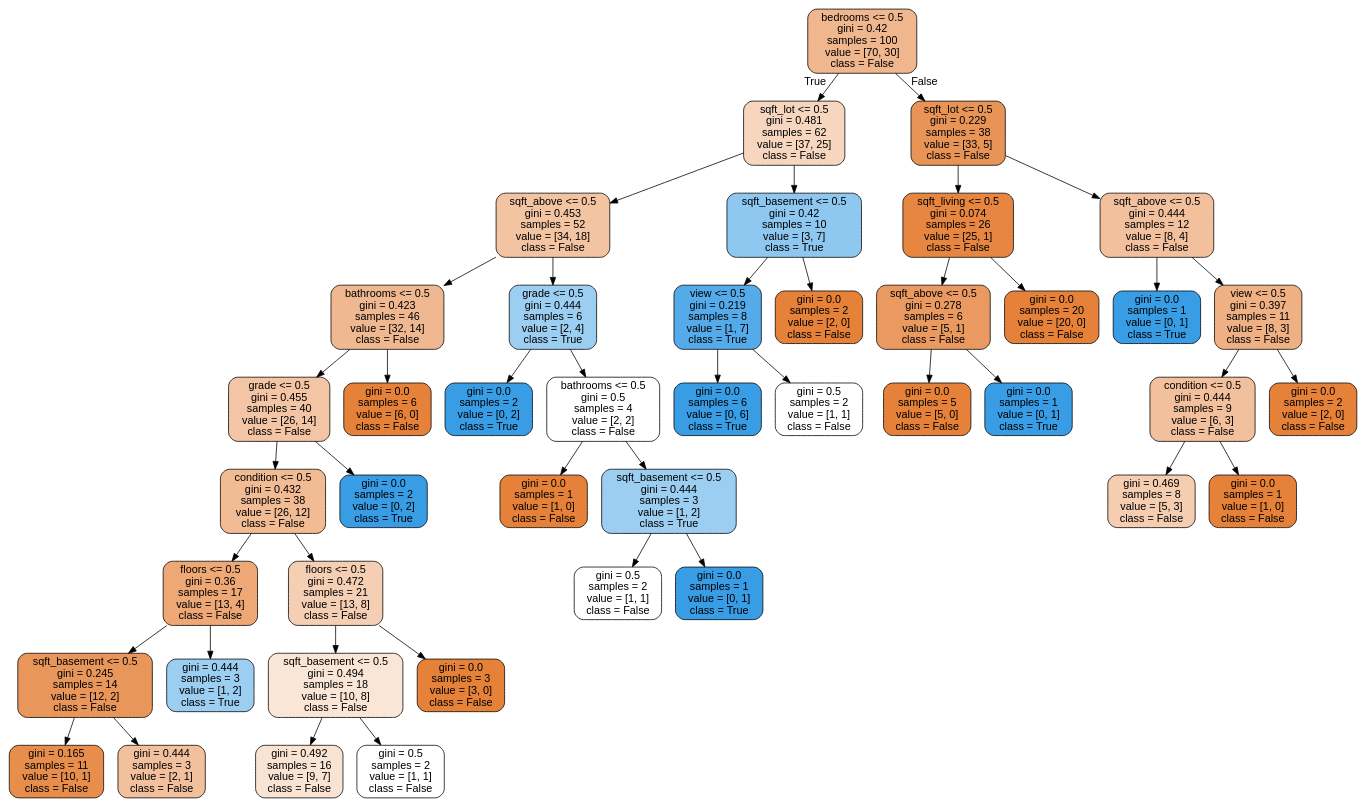
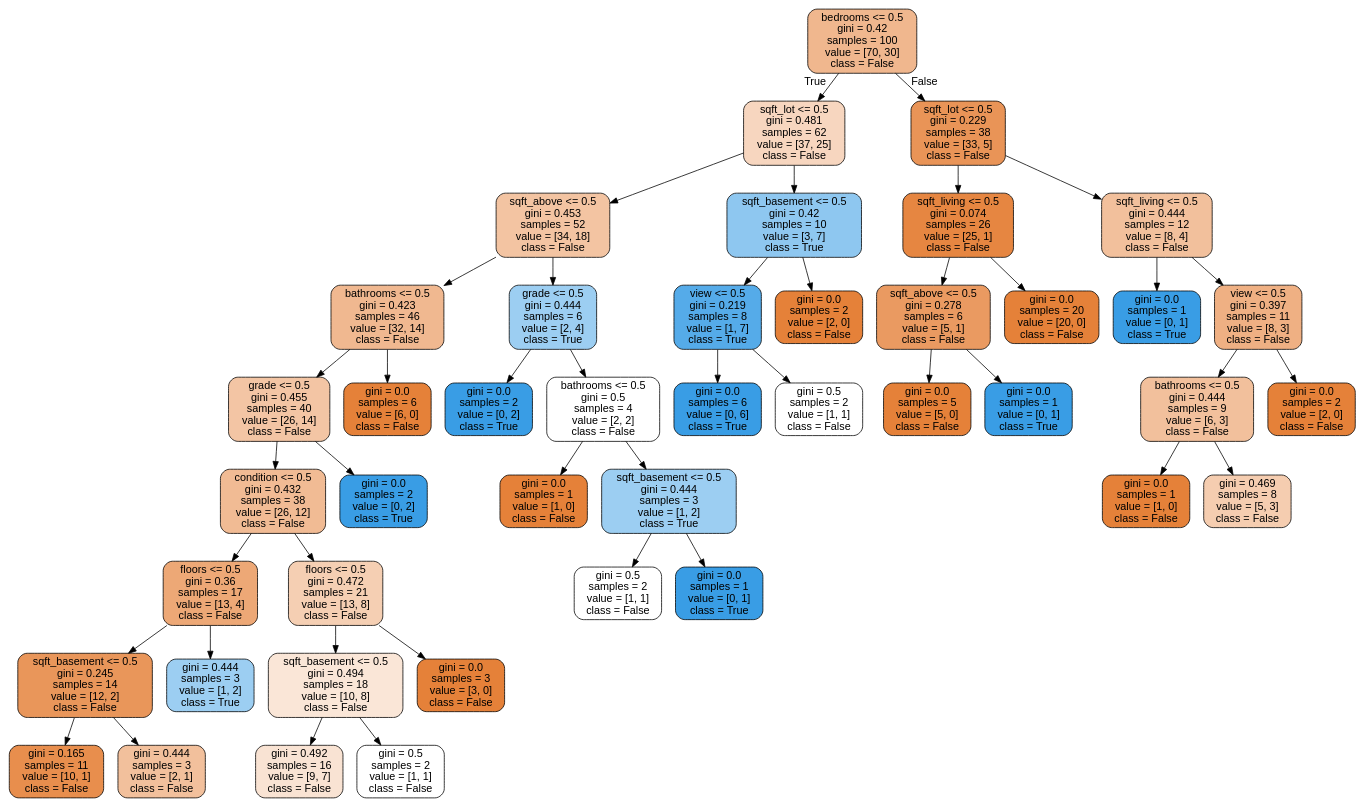
The diagram in chat_bot/aula.dot (Costa-amanda/chatbot_pe), drawn with Graphviz before and after one commit. The commit also changed 2 other files, not shown here.

```diff
--- a/chat_bot/aula.dot
+++ b/chat_bot/aula.dot
@@ -1,89 +1,89 @@
 digraph Tree {
 node [shape=box, style="filled, rounded", color="black", fontname=helvetica] ;
 edge [fontname=helvetica] ;
 0 [label="bedrooms <= 0.5\ngini = 0.42\nsamples = 100\nvalue = [70, 30]\nclass = False", fillcolor="#f0b78e"] ;
 1 [label="sqft_lot <= 0.5\ngini = 0.481\nsamples = 62\nvalue = [37, 25]\nclass = False", fillcolor="#f7d6bf"] ;
 0 -> 1 [labeldistance=2.5, labelangle=45, headlabel="True"] ;
 2 [label="sqft_above <= 0.5\ngini = 0.453\nsamples = 52\nvalue = [34, 18]\nclass = False", fillcolor="#f3c4a2"] ;
 1 -> 2 ;
 3 [label="bathrooms <= 0.5\ngini = 0.423\nsamples = 46\nvalue = [32, 14]\nclass = False", fillcolor="#f0b890"] ;
 2 -> 3 ;
 4 [label="grade <= 0.5\ngini = 0.455\nsamples = 40\nvalue = [26, 14]\nclass = False", fillcolor="#f3c5a4"] ;
 3 -> 4 ;
 5 [label="condition <= 0.5\ngini = 0.432\nsamples = 38\nvalue = [26, 12]\nclass = False", fillcolor="#f1bb94"] ;
 4 -> 5 ;
 6 [label="floors <= 0.5\ngini = 0.36\nsamples = 17\nvalue = [13, 4]\nclass = False", fillcolor="#eda876"] ;
 5 -> 6 ;
 7 [label="sqft_basement <= 0.5\ngini = 0.245\nsamples = 14\nvalue = [12, 2]\nclass = False", fillcolor="#e9965a"] ;
 6 -> 7 ;
 8 [label="gini = 0.165\nsamples = 11\nvalue = [10, 1]\nclass = False", fillcolor="#e88e4d"] ;
 7 -> 8 ;
 9 [label="gini = 0.444\nsamples = 3\nvalue = [2, 1]\nclass = False", fillcolor="#f2c09c"] ;
 7 -> 9 ;
 10 [label="gini = 0.444\nsamples = 3\nvalue = [1, 2]\nclass = True", fillcolor="#9ccef2"] ;
 6 -> 10 ;
 11 [label="floors <= 0.5\ngini = 0.472\nsamples = 21\nvalue = [13, 8]\nclass = False", fillcolor="#f5cfb3"] ;
 5 -> 11 ;
 12 [label="sqft_basement <= 0.5\ngini = 0.494\nsamples = 18\nvalue = [10, 8]\nclass = False", fillcolor="#fae6d7"] ;
 11 -> 12 ;
 13 [label="gini = 0.492\nsamples = 16\nvalue = [9, 7]\nclass = False", fillcolor="#f9e3d3"] ;
 12 -> 13 ;
 14 [label="gini = 0.5\nsamples = 2\nvalue = [1, 1]\nclass = False", fillcolor="#ffffff"] ;
 12 -> 14 ;
 15 [label="gini = 0.0\nsamples = 3\nvalue = [3, 0]\nclass = False", fillcolor="#e58139"] ;
 11 -> 15 ;
 16 [label="gini = 0.0\nsamples = 2\nvalue = [0, 2]\nclass = True", fillcolor="#399de5"] ;
 4 -> 16 ;
 17 [label="gini = 0.0\nsamples = 6\nvalue = [6, 0]\nclass = False", fillcolor="#e58139"] ;
 3 -> 17 ;
 18 [label="grade <= 0.5\ngini = 0.444\nsamples = 6\nvalue = [2, 4]\nclass = True", fillcolor="#9ccef2"] ;
 2 -> 18 ;
 19 [label="gini = 0.0\nsamples = 2\nvalue = [0, 2]\nclass = True", fillcolor="#399de5"] ;
 18 -> 19 ;
 20 [label="bathrooms <= 0.5\ngini = 0.5\nsamples = 4\nvalue = [2, 2]\nclass = False", fillcolor="#ffffff"] ;
 18 -> 20 ;
 21 [label="gini = 0.0\nsamples = 1\nvalue = [1, 0]\nclass = False", fillcolor="#e58139"] ;
 20 -> 21 ;
 22 [label="sqft_basement <= 0.5\ngini = 0.444\nsamples = 3\nvalue = [1, 2]\nclass = True", fillcolor="#9ccef2"] ;
 20 -> 22 ;
 23 [label="gini = 0.5\nsamples = 2\nvalue = [1, 1]\nclass = False", fillcolor="#ffffff"] ;
 22 -> 23 ;
 24 [label="gini = 0.0\nsamples = 1\nvalue = [0, 1]\nclass = True", fillcolor="#399de5"] ;
 22 -> 24 ;
 25 [label="sqft_basement <= 0.5\ngini = 0.42\nsamples = 10\nvalue = [3, 7]\nclass = True", fillcolor="#8ec7f0"] ;
 1 -> 25 ;
 26 [label="view <= 0.5\ngini = 0.219\nsamples = 8\nvalue = [1, 7]\nclass = True", fillcolor="#55abe9"] ;
 25 -> 26 ;
 27 [label="gini = 0.0\nsamples = 6\nvalue = [0, 6]\nclass = True", fillcolor="#399de5"] ;
 26 -> 27 ;
 28 [label="gini = 0.5\nsamples = 2\nvalue = [1, 1]\nclass = False", fillcolor="#ffffff"] ;
 26 -> 28 ;
 29 [label="gini = 0.0\nsamples = 2\nvalue = [2, 0]\nclass = False", fillcolor="#e58139"] ;
 25 -> 29 ;
 30 [label="sqft_lot <= 0.5\ngini = 0.229\nsamples = 38\nvalue = [33, 5]\nclass = False", fillcolor="#e99457"] ;
 0 -> 30 [labeldistance=2.5, labelangle=-45, headlabel="False"] ;
 31 [label="sqft_living <= 0.5\ngini = 0.074\nsamples = 26\nvalue = [25, 1]\nclass = False", fillcolor="#e68641"] ;
 30 -> 31 ;
 32 [label="sqft_above <= 0.5\ngini = 0.278\nsamples = 6\nvalue = [5, 1]\nclass = False", fillcolor="#ea9a61"] ;
 31 -> 32 ;
 33 [label="gini = 0.0\nsamples = 5\nvalue = [5, 0]\nclass = False", fillcolor="#e58139"] ;
 32 -> 33 ;
 34 [label="gini = 0.0\nsamples = 1\nvalue = [0, 1]\nclass = True", fillcolor="#399de5"] ;
 32 -> 34 ;
 35 [label="gini = 0.0\nsamples = 20\nvalue = [20, 0]\nclass = False", fillcolor="#e58139"] ;
 31 -> 35 ;
-36 [label="sqft_above <= 0.5\ngini = 0.444\nsamples = 12\nvalue = [8, 4]\nclass = False", fillcolor="#f2c09c"] ;
+36 [label="sqft_living <= 0.5\ngini = 0.444\nsamples = 12\nvalue = [8, 4]\nclass = False", fillcolor="#f2c09c"] ;
 30 -> 36 ;
 37 [label="gini = 0.0\nsamples = 1\nvalue = [0, 1]\nclass = True", fillcolor="#399de5"] ;
 36 -> 37 ;
 38 [label="view <= 0.5\ngini = 0.397\nsamples = 11\nvalue = [8, 3]\nclass = False", fillcolor="#efb083"] ;
 36 -> 38 ;
-39 [label="condition <= 0.5\ngini = 0.444\nsamples = 9\nvalue = [6, 3]\nclass = False", fillcolor="#f2c09c"] ;
+39 [label="bathrooms <= 0.5\ngini = 0.444\nsamples = 9\nvalue = [6, 3]\nclass = False", fillcolor="#f2c09c"] ;
 38 -> 39 ;
-40 [label="gini = 0.469\nsamples = 8\nvalue = [5, 3]\nclass = False", fillcolor="#f5cdb0"] ;
+40 [label="gini = 0.0\nsamples = 1\nvalue = [1, 0]\nclass = False", fillcolor="#e58139"] ;
 39 -> 40 ;
-41 [label="gini = 0.0\nsamples = 1\nvalue = [1, 0]\nclass = False", fillcolor="#e58139"] ;
+41 [label="gini = 0.469\nsamples = 8\nvalue = [5, 3]\nclass = False", fillcolor="#f5cdb0"] ;
 39 -> 41 ;
 42 [label="gini = 0.0\nsamples = 2\nvalue = [2, 0]\nclass = False", fillcolor="#e58139"] ;
 38 -> 42 ;
 }
```
